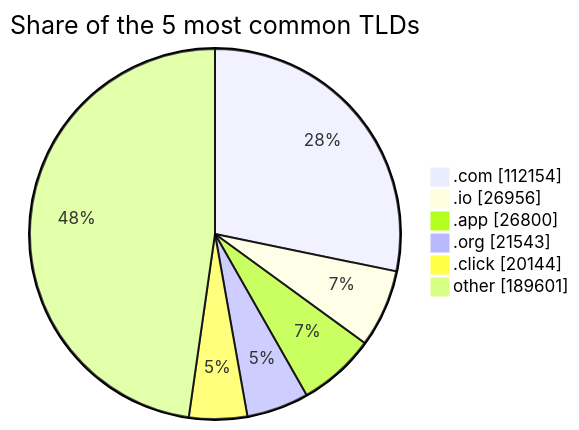
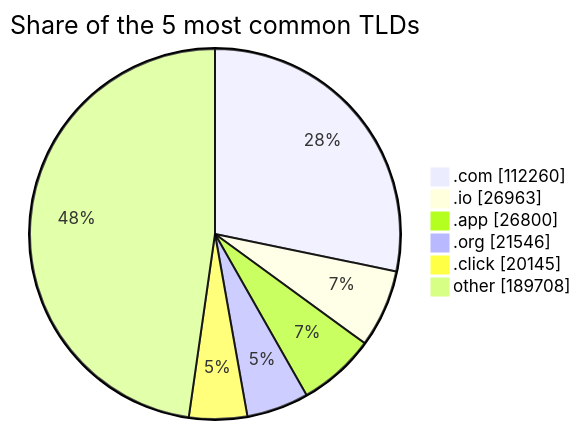
The third of 3 diagrams in README.md (DNSBunker/CTI), drawn with Mermaid before and after one commit. The commit also changed other lines of this file and 3 other files, not shown here.

````diff
--- a/README.md
+++ b/README.md
@@ -81,9 +81,9 @@
 ```mermaid
 pie showData title Share of the 5 most common TLDs
-    ".com" : 112154
-    ".io" : 26956
+    ".com" : 112260
+    ".io" : 26963
     ".app" : 26800
-    ".org" : 21543
-    ".click" : 20144
-    "other" : 189601
+    ".org" : 21546
+    ".click" : 20145
+    "other" : 189708
 ```
````
